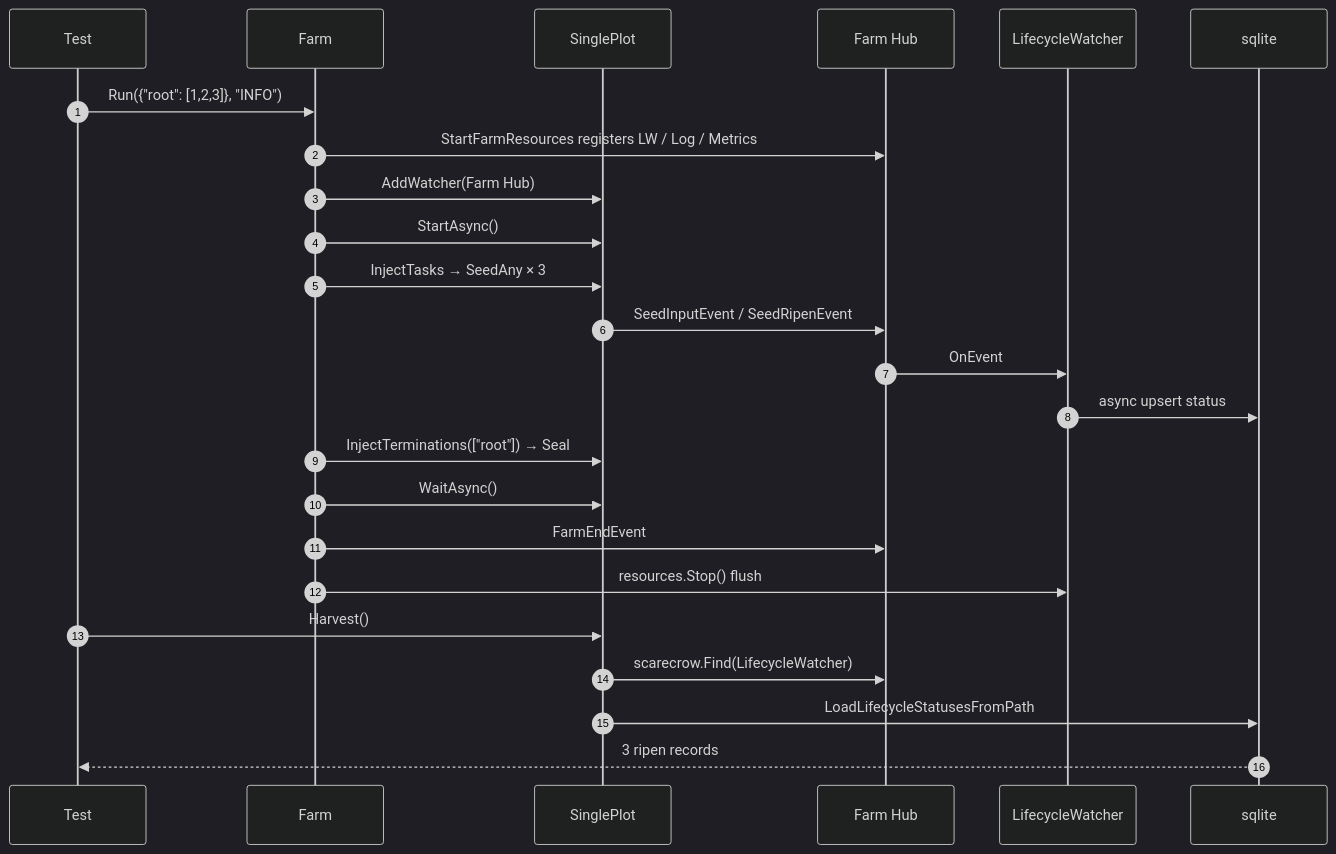
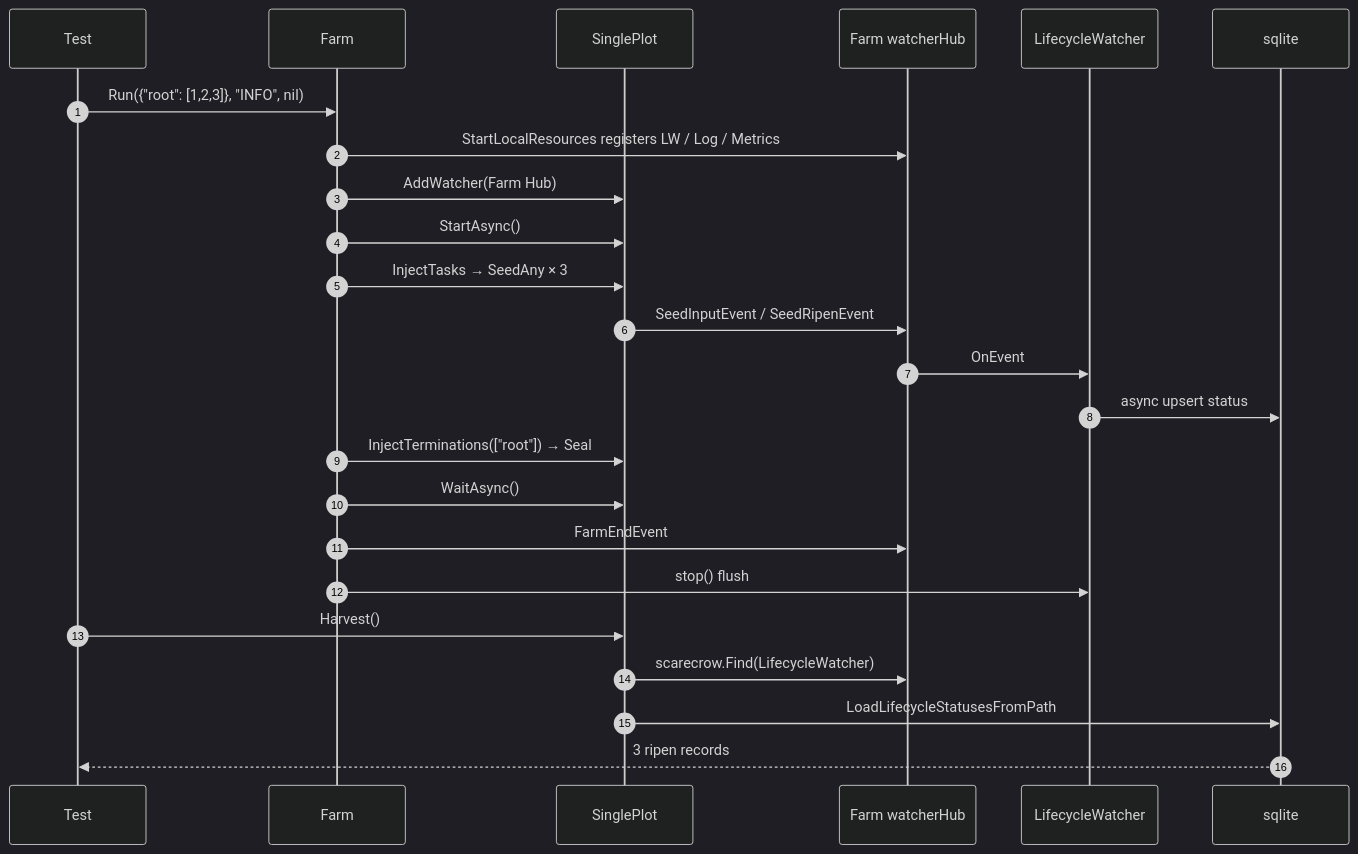
The diagram in docs/en/pkg/farm/farm_harvest_test.md (Mr-xiaotian/CelestialGrow), drawn with Mermaid (dark theme) before and after one commit. The commit also changed other lines of this file and 99 other files, not shown here.

````diff
--- a/docs/en/pkg/farm/farm_harvest_test.md
+++ b/docs/en/pkg/farm/farm_harvest_test.md
@@ -54,27 +54,27 @@
 ```mermaid
 sequenceDiagram
     autonumber
     participant T as Test
     participant F as Farm
     participant P as SinglePlot
-    participant H as Farm Hub
+    participant H as Farm watcherHub
     participant LW as LifecycleWatcher
     participant DB as sqlite
 
-    T->>F: Run({"root": [1,2,3]}, "INFO")
-    F->>H: StartFarmResources registers LW / Log / Metrics
+    T->>F: Run({"root": [1,2,3]}, "INFO", nil)
+    F->>H: StartLocalResources registers LW / Log / Metrics
     F->>P: AddWatcher(Farm Hub)
     F->>P: StartAsync()
     F->>P: InjectTasks → SeedAny × 3
     P->>H: SeedInputEvent / SeedRipenEvent
     H->>LW: OnEvent
     LW->>DB: async upsert status
     F->>P: InjectTerminations(["root"]) → Seal
     F->>P: WaitAsync()
     F->>H: FarmEndEvent
-    F->>LW: resources.Stop() flush
+    F->>LW: stop() flush
     T->>P: Harvest()
     P->>H: scarecrow.Find(LifecycleWatcher)
     P->>DB: LoadLifecycleStatusesFromPath
     DB-->>T: 3 ripen records
 ```
````
